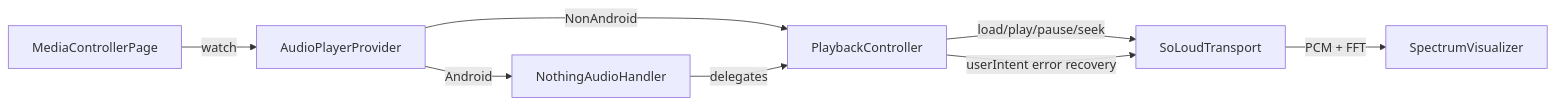
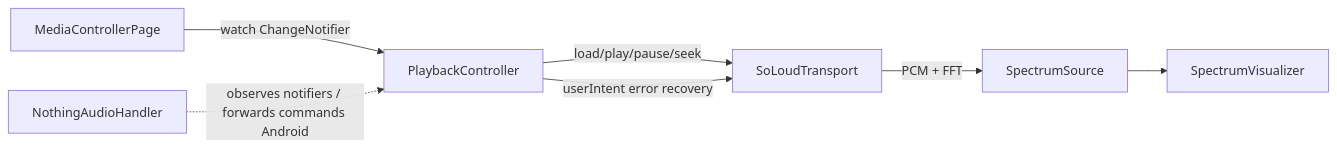
The first of 3 diagrams in docs/architecture/audio-playback-spectrum.md (maxim-saplin/nothingness), drawn with Mermaid before and after one commit. The commit also changed other lines of this file and 8 other files, not shown here.

First line of the commit message:
docs: align architecture/process docs to post-refactor reality; add goal-sloc.md retrospective

````diff
--- a/docs/architecture/audio-playback-spectrum.md
+++ b/docs/architecture/audio-playback-spectrum.md
@@ -38,10 +37,9 @@
 ```mermaid
 flowchart LR
-  UI[MediaControllerPage] -->|watch| Provider[AudioPlayerProvider]
-  Provider -->|Android| Handler[NothingAudioHandler]
-  Provider -->|NonAndroid| Controller[PlaybackController]
-  Handler -->|delegates| Controller
+  UI[MediaControllerPage] -->|watch ChangeNotifier| Controller[PlaybackController]
+  Handler[NothingAudioHandler] -.->|observes notifiers / forwards commands Android| Controller
   Controller -->|load/play/pause/seek| Transport[SoLoudTransport]
-  Transport -->|PCM + FFT| Vis[SpectrumVisualizer]
+  Transport -->|PCM + FFT| Spectrum[SpectrumSource]
+  Spectrum --> Vis[SpectrumVisualizer]
   Controller -->|userIntent error recovery| Transport
 ```
````
